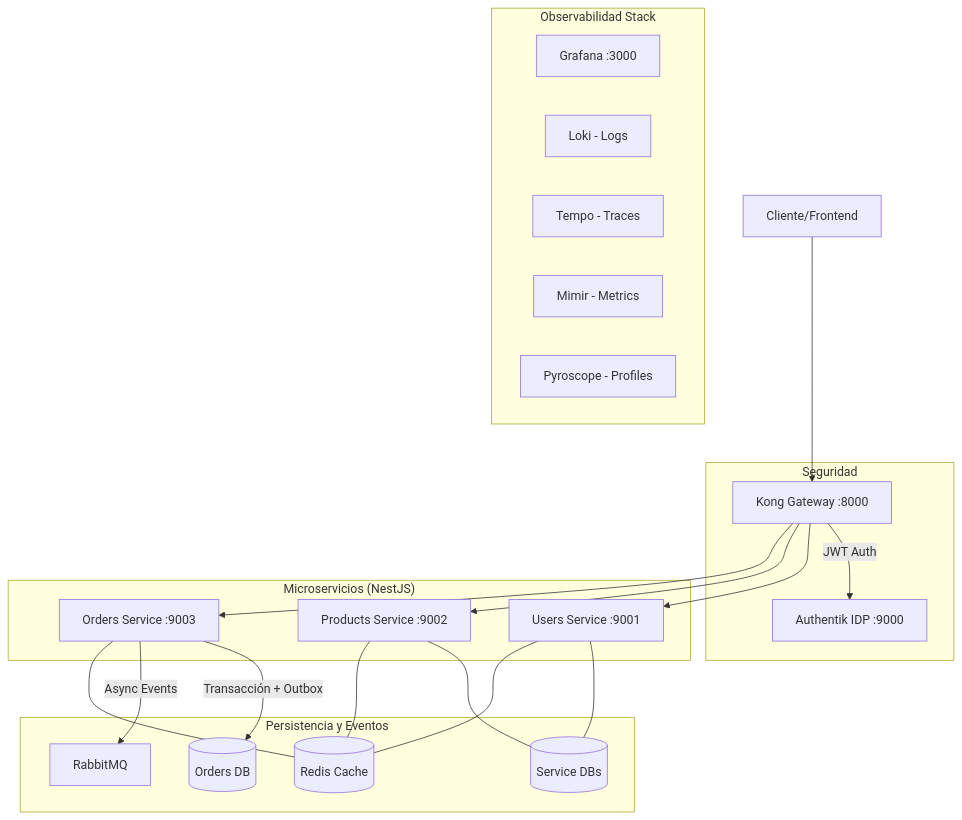
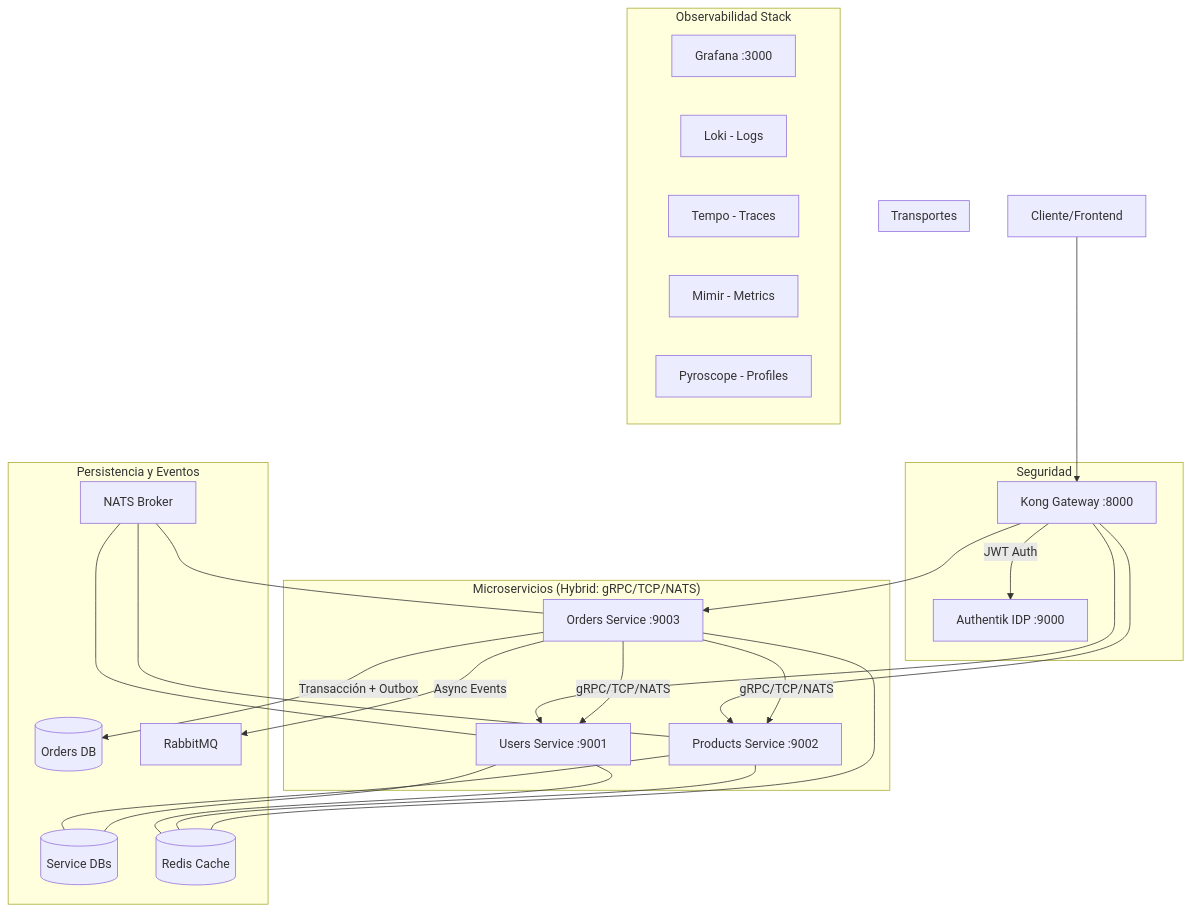
The diagram in MASTER_GUIDE.md (bleidertcs/ecommerce-microservices), drawn with Mermaid before and after one commit. The commit also changed other lines of this file and 25 other files, not shown here.

Commit message:
feat: Implement hybrid microservice communication with TCP and NATS transports for users and orders services, including configuration, Dockerfiles, and documentation updates.

````diff
--- a/MASTER_GUIDE.md
+++ b/MASTER_GUIDE.md
@@ -9,29 +9,35 @@
 ```mermaid
 graph TD
     Client[Cliente/Frontend] --> Kong[Kong Gateway :8000]
 
     subgraph "Seguridad"
         Kong --> |JWT Auth| AK[Authentik IDP :9000]
     end
 
-    subgraph "Microservicios (NestJS)"
+    subgraph "Microservicios (Hybrid: gRPC/TCP/NATS)"
         Kong --> Users[Users Service :9001]
         Kong --> Products[Products Service :9002]
         Kong --> Orders[Orders Service :9003]
+    end
+
+    subgraph "Transportes"
+        Orders -- "gRPC/TCP/NATS" --> Users
+        Orders -- "gRPC/TCP/NATS" --> Products
     end
 
     subgraph "Persistencia y Eventos"
         Orders -- "Transacción + Outbox" --> DB[(Orders DB)]
         Orders -- "Async Events" --> RMQ[RabbitMQ]
         Products & Users --- PDB[(Service DBs)]
         Users & Products & Orders --- Redis[(Redis Cache)]
+        NATS[NATS Broker] --- Users & Products & Orders
     end
 
     subgraph "Observabilidad Stack"
         Grafana[Grafana :3000]
         Loki[Loki - Logs]
         Tempo[Tempo - Traces]
         Mimir[Mimir - Metrics]
         Pyro[Pyroscope - Profiles]
     end
 ```
````
